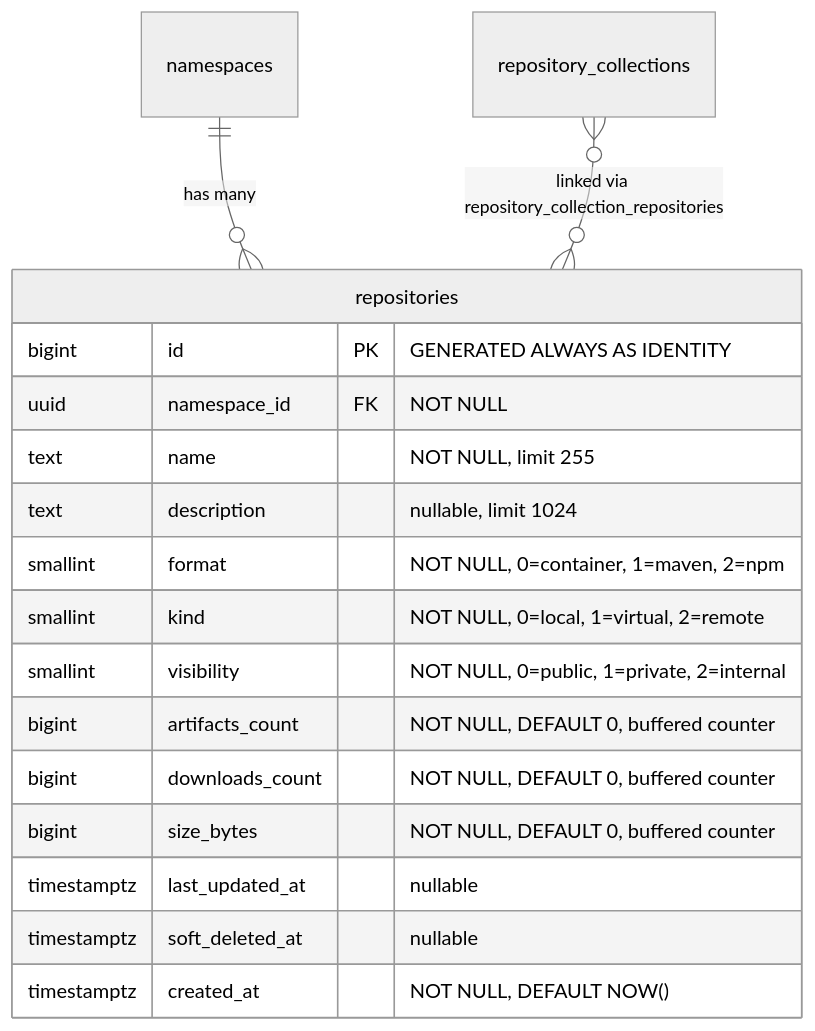
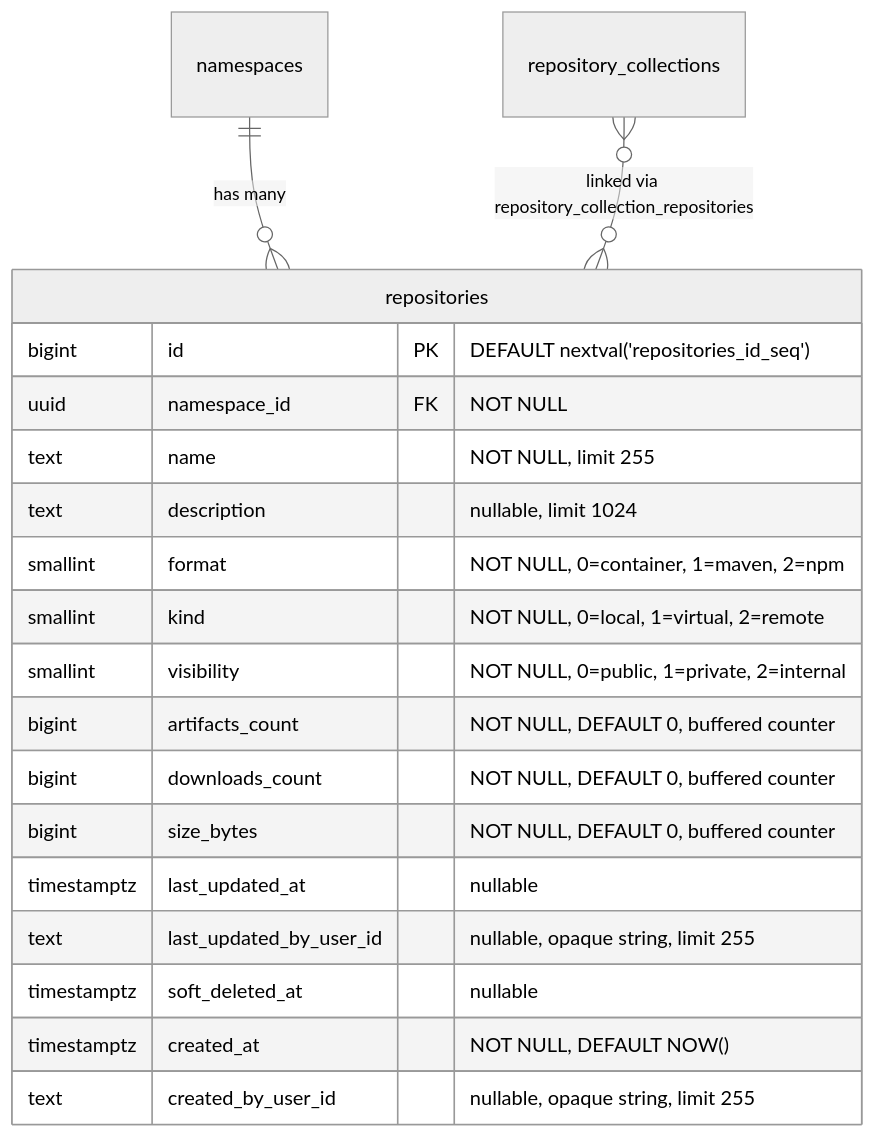
One commit to kyama0/gitlab-handbook-ja changed the third of 19 diagrams in content/handbook/engineering/architecture/design-documents/artifact_registry/decisions/007_database_schema.md. Above: the diagram before and after it, drawn with Mermaid (neutral theme). The commit also changed other lines of this file and 1 other file, not shown here.

First line of the commit message:
translation: batch 2026-05-18-1 part 2 (ADR-007 database schema)

````diff
--- a/content/handbook/engineering/architecture/design-documents/artifact_registry/decisions/007_database_schema.md
+++ b/content/handbook/engineering/architecture/design-documents/artifact_registry/decisions/007_database_schema.md
@@ -131,21 +132,23 @@
 ```mermaid
 erDiagram
     namespaces ||--o{ repositories : "has many"
     repository_collections }o--o{ repositories : "linked via repository_collection_repositories"
 
     repositories {
-        bigint id PK "GENERATED ALWAYS AS IDENTITY"
+        bigint id PK "DEFAULT nextval('repositories_id_seq')"
         uuid namespace_id FK "NOT NULL"
         text name "NOT NULL, limit 255"
         text description "nullable, limit 1024"
         smallint format "NOT NULL, 0=container, 1=maven, 2=npm"
         smallint kind "NOT NULL, 0=local, 1=virtual, 2=remote"
         smallint visibility "NOT NULL, 0=public, 1=private, 2=internal"
         bigint artifacts_count "NOT NULL, DEFAULT 0, buffered counter"
         bigint downloads_count "NOT NULL, DEFAULT 0, buffered counter"
         bigint size_bytes "NOT NULL, DEFAULT 0, buffered counter"
         timestamptz last_updated_at "nullable"
+        text last_updated_by_user_id "nullable, opaque string, limit 255"
         timestamptz soft_deleted_at "nullable"
         timestamptz created_at "NOT NULL, DEFAULT NOW()"
+        text created_by_user_id "nullable, opaque string, limit 255"
     }
 ```
````
